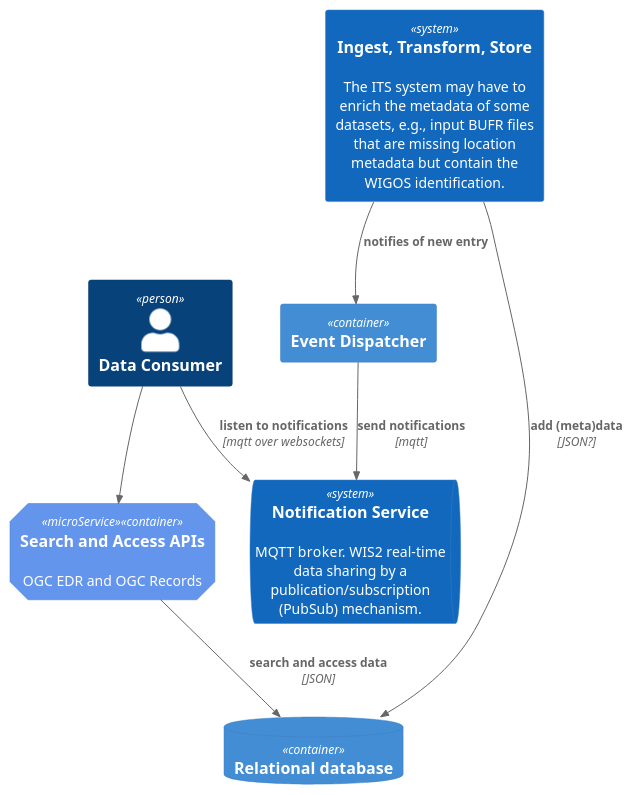
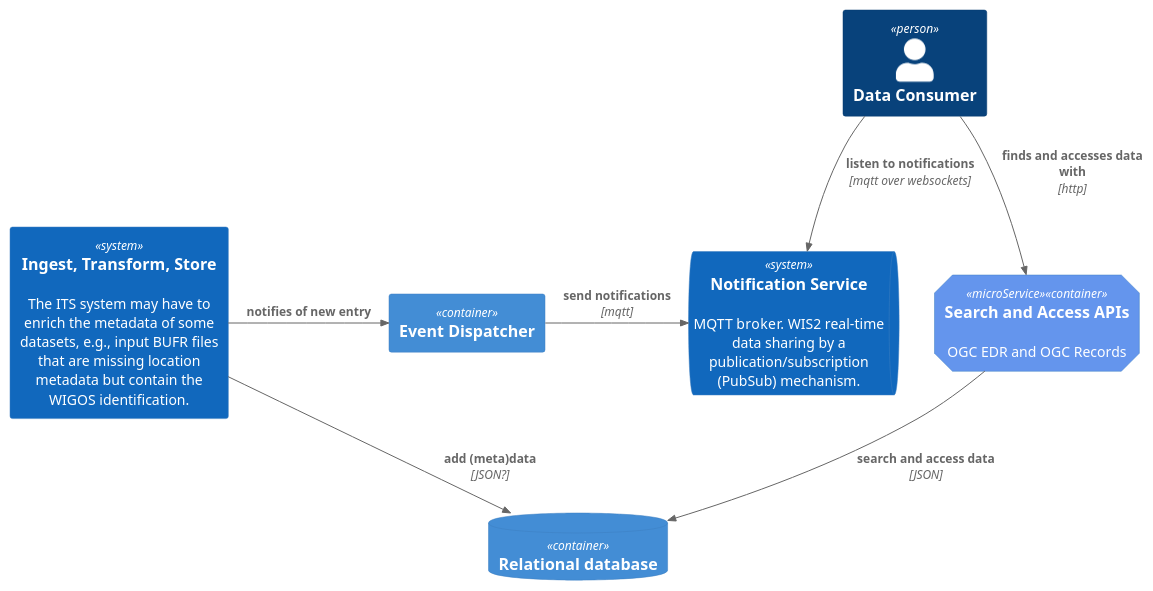
Before and after one commit to EURODEO/e-soh-poc-report: the diagram in poc-experiments/datastore-choices/container-relational-store-conventional.puml, drawn with PlantUML. The commit also changed 2 other files, not shown here.

Commit message:
Fix puml-diagrams before removal :)

```diff
--- a/poc-experiments/datastore-choices/container-relational-store-conventional.puml
+++ b/poc-experiments/datastore-choices/container-relational-store-conventional.puml
@@ -1,26 +1,27 @@
 @startuml "c4-container-relational-data-store"
 !include https://raw.githubusercontent.com/plantuml-stdlib/C4-PlantUML/master/C4_Container.puml
 
 '2C
 
 AddElementTag("microService", $shape=EightSidedShape(), $bgColor="CornflowerBlue", $fontColor="white", $legendText="micro service\neight sided")
 
 Person(consumer, "Data Consumer")
 
 System(its, "Ingest, Transform, Store", "The ITS system may have to enrich the metadata of some datasets, e.g., input BUFR files that are missing location metadata but contain the WIGOS identification.")
 
 SystemQueue(queue, "Notification Service", "MQTT broker. WIS2 real-time data sharing by a publication/subscription (PubSub) mechanism.")
 
 Container(edr, "Search and Access APIs", "", "OGC EDR and OGC Records", $tags = "microService")
 ContainerDb(db, "Relational database")
 Container(eventsender, "Event Dispatcher")
-Rel(its, db, "add (meta)data", "JSON?")
-Rel(its, eventsender, "notifies of new entry")
-Rel(eventsender, queue, "send notifications", "mqtt")
+
+Rel_R(its, db, "add (meta)data", "JSON?")
+Rel_R(its, eventsender, "notifies of new entry")
+Rel_R(eventsender, queue, "send notifications", "mqtt")
 
 Rel(consumer, queue, "listen to notifications", "mqtt over websockets")
 
 Rel(edr, db, "search and access data", "JSON")
-Rel(consumer, edr, "", "")
+Rel(consumer, edr, "finds and accesses data with", "http")
 
 @enduml
```
